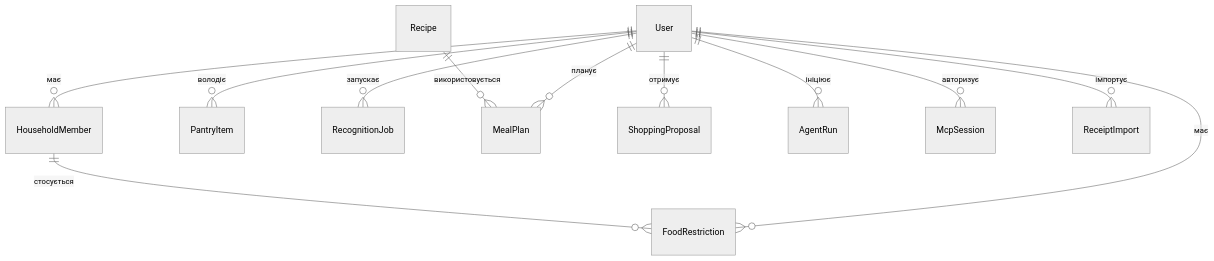
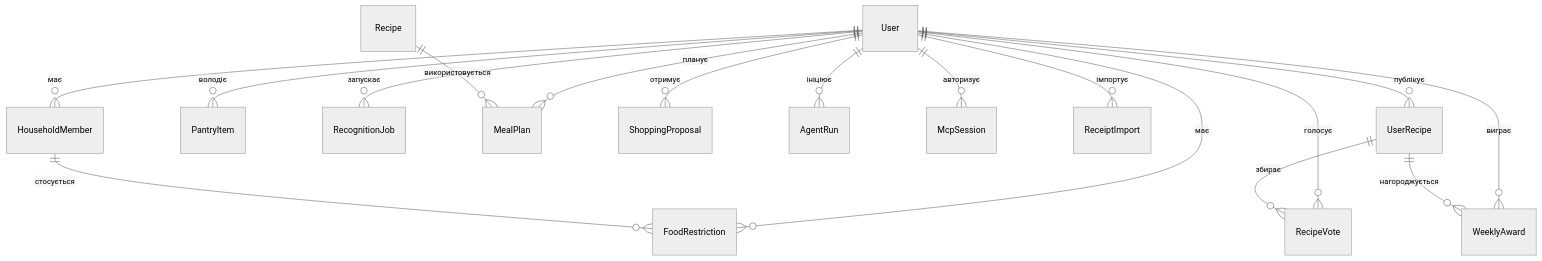
The seventh of 7 diagrams in ARCHITECTURE.md (Redpage1989/SilpoPantry), drawn with Mermaid (neutral theme) before and after one commit. The commit also changed other lines of this file and 4 other files, not shown here.

````diff
--- a/ARCHITECTURE.md
+++ b/ARCHITECTURE.md
@@ -271,14 +271,19 @@
 ```mermaid
 erDiagram
   User ||--o{ HouseholdMember : має
   User ||--o{ FoodRestriction : має
   User ||--o{ PantryItem : володіє
   User ||--o{ RecognitionJob : запускає
   User ||--o{ MealPlan : планує
   User ||--o{ ShoppingProposal : отримує
   User ||--o{ AgentRun : ініціює
   User ||--o{ McpSession : авторизує
   User ||--o{ ReceiptImport : імпортує
+  User ||--o{ UserRecipe : публікує
+  User ||--o{ RecipeVote : голосує
+  User ||--o{ WeeklyAward : виграє
   HouseholdMember ||--o{ FoodRestriction : стосується
   Recipe ||--o{ MealPlan : використовується
+  UserRecipe ||--o{ RecipeVote : збирає
+  UserRecipe ||--o{ WeeklyAward : нагороджується
 ```
````
